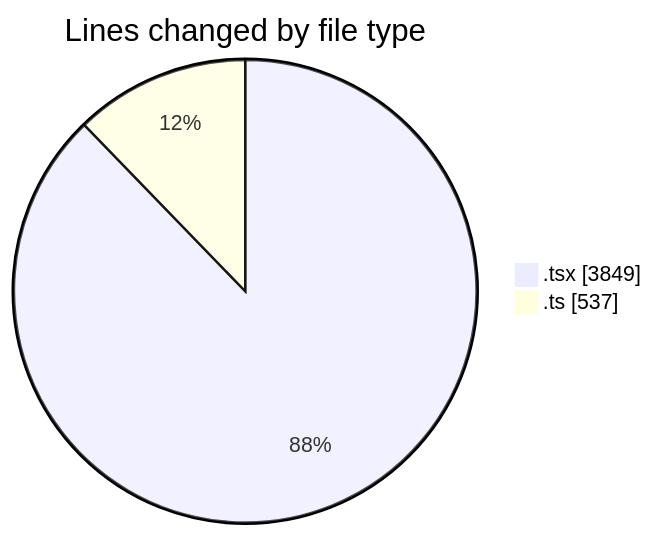
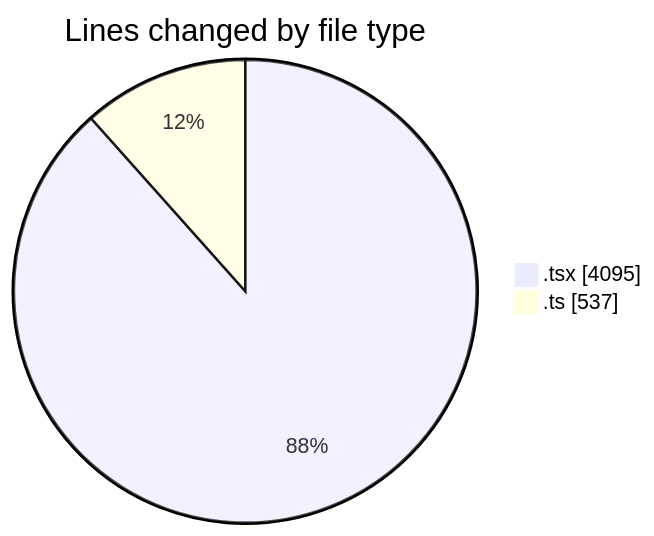
The first of 2 diagrams in 2026-03-10/nxtqube_webapp/README.md (nxtqubesakshisongat/code-tracking), drawn with Mermaid before and after one commit. The commit also changed other lines of this file and 1 other file, not shown here.

````diff
--- a/2026-03-10/nxtqube_webapp/README.md
+++ b/2026-03-10/nxtqube_webapp/README.md
@@ -26,6 +27,6 @@
 ```mermaid
 pie showData
 title Lines changed by file type
-".tsx" : 3849
+".tsx" : 4095
 ".ts" : 537
 ```
````
